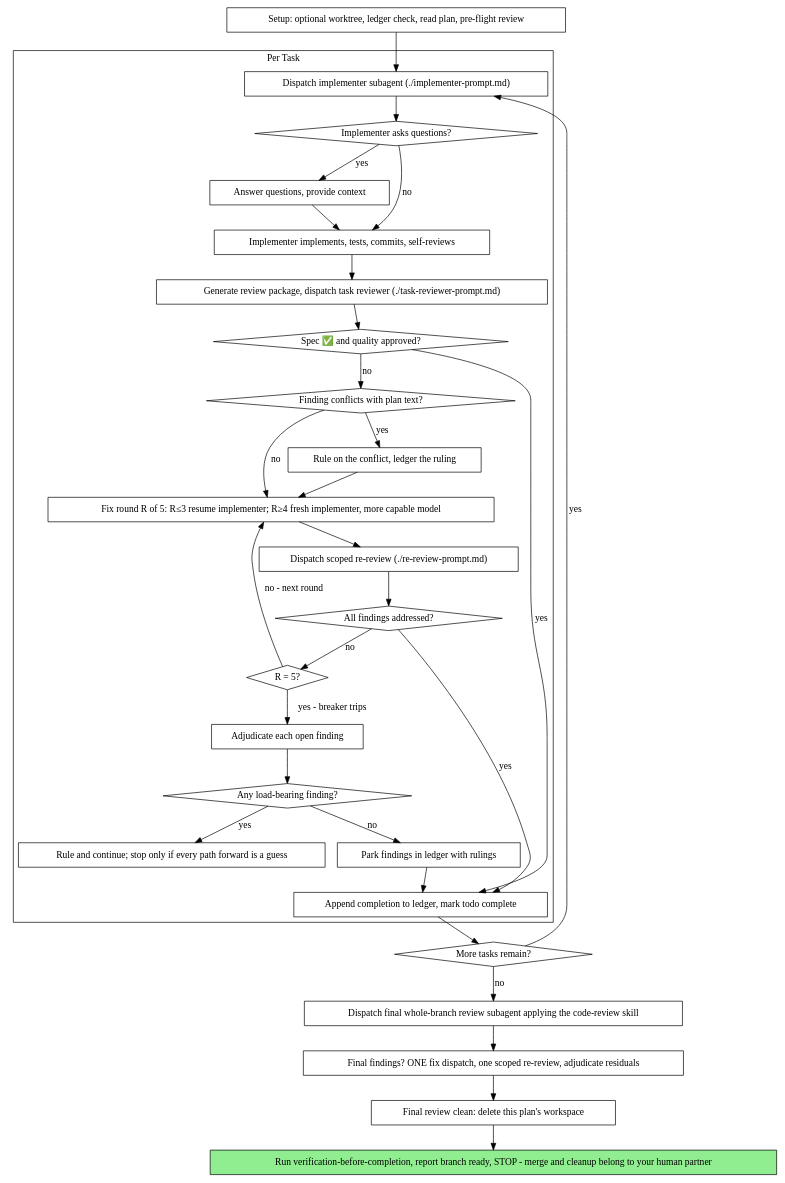
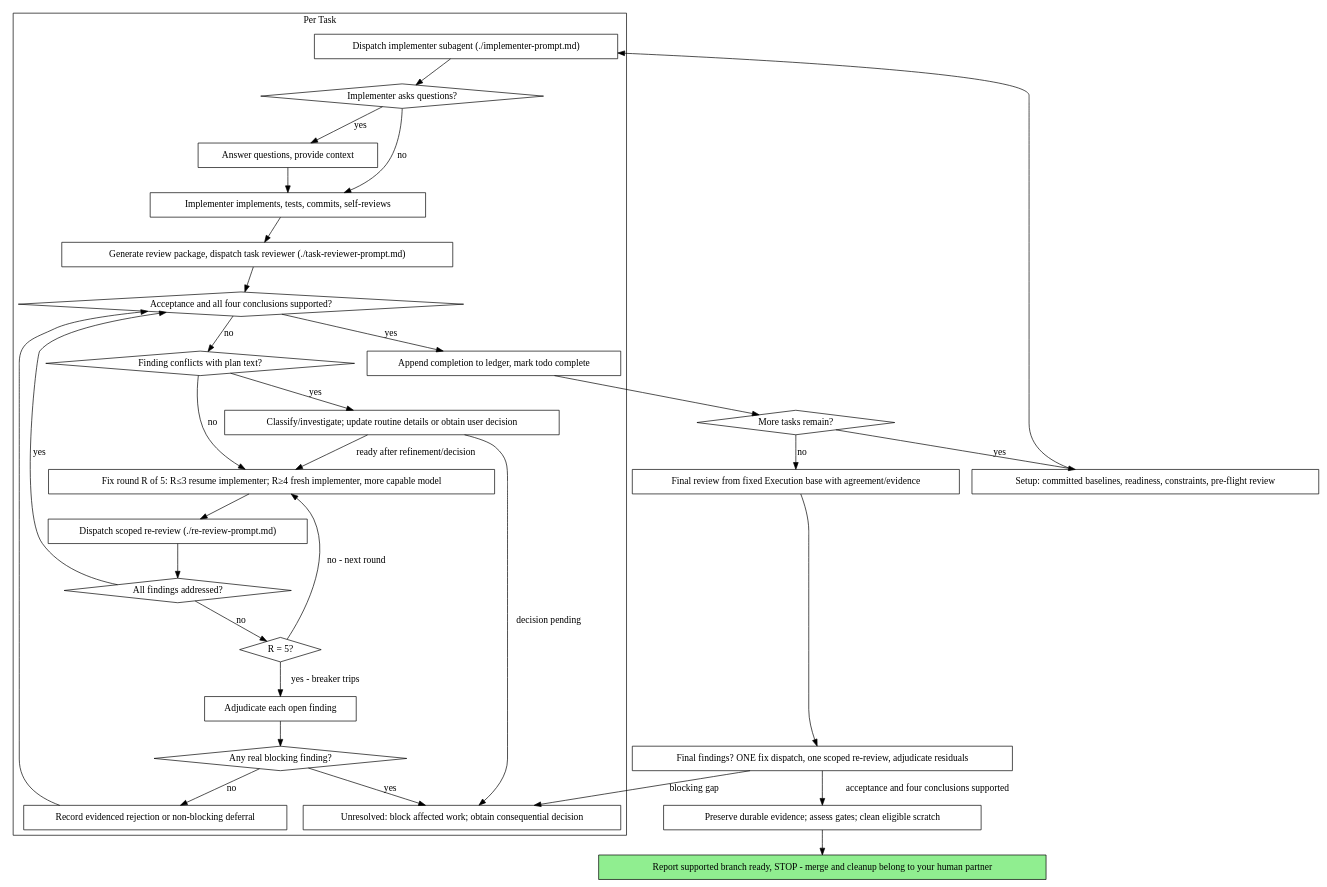
The second of 2 diagrams in skills/subagent-driven-development/SKILL.md (kubamarchwicki/engineering-skills), drawn with Graphviz before and after one commit. The commit also changed other lines of this file and 7 other files, not shown here.

Commit message:
feat: gate execution on evidence and preserve agreed decisions

````diff
--- a/skills/subagent-driven-development/SKILL.md
+++ b/skills/subagent-driven-development/SKILL.md
@@ -58,62 +57,64 @@
 ```dot
 digraph process {
     rankdir=TB;
 
     subgraph cluster_per_task {
         label="Per Task";
         "Dispatch implementer subagent (./implementer-prompt.md)" [shape=box];
         "Implementer asks questions?" [shape=diamond];
         "Answer questions, provide context" [shape=box];
         "Implementer implements, tests, commits, self-reviews" [shape=box];
         "Generate review package, dispatch task reviewer (./task-reviewer-prompt.md)" [shape=box];
-        "Spec ✅ and quality approved?" [shape=diamond];
+        "Acceptance and all four conclusions supported?" [shape=diamond];
         "Finding conflicts with plan text?" [shape=diamond];
-        "Rule on the conflict, ledger the ruling" [shape=box];
+        "Classify/investigate; update routine details or obtain user decision" [shape=box];
         "Fix round R of 5: R≤3 resume implementer; R≥4 fresh implementer, more capable model" [shape=box];
         "Dispatch scoped re-review (./re-review-prompt.md)" [shape=box];
         "All findings addressed?" [shape=diamond];
         "R = 5?" [shape=diamond];
         "Adjudicate each open finding" [shape=box];
-        "Any load-bearing finding?" [shape=diamond];
-        "Rule and continue; stop only if every path forward is a guess" [shape=box];
-        "Park findings in ledger with rulings" [shape=box];
+        "Any real blocking finding?" [shape=diamond];
+        "Unresolved: block affected work; obtain consequential decision" [shape=box];
+        "Record evidenced rejection or non-blocking deferral" [shape=box];
         "Append completion to ledger, mark todo complete" [shape=box];
     }
 
-    "Setup: optional worktree, ledger check, read plan, pre-flight review" [shape=box];
+    "Setup: committed baselines, readiness, constraints, pre-flight review" [shape=box];
     "More tasks remain?" [shape=diamond];
-    "Dispatch final whole-branch review subagent applying the code-review skill" [shape=box];
+    "Final review from fixed Execution base with agreement/evidence" [shape=box];
     "Final findings? ONE fix dispatch, one scoped re-review, adjudicate residuals" [shape=box];
-    "Final review clean: delete this plan's workspace" [shape=box];
-    "Run verification-before-completion, report branch ready, STOP - merge and cleanup belong to your human partner" [shape=box style=filled fillcolor=lightgreen];
+    "Preserve durable evidence; assess gates; clean eligible scratch" [shape=box];
+    "Report supported branch ready, STOP - merge and cleanup belong to your human partner" [shape=box style=filled fillcolor=lightgreen];
 
-    "Setup: optional worktree, ledger check, read plan, pre-flight review" -> "Dispatch implementer subagent (./implementer-prompt.md)";
+    "Setup: committed baselines, readiness, constraints, pre-flight review" -> "Dispatch implementer subagent (./implementer-prompt.md)";
     "Dispatch implementer subagent (./implementer-prompt.md)" -> "Implementer asks questions?";
     "Implementer asks questions?" -> "Answer questions, provide context" [label="yes"];
     "Answer questions, provide context" -> "Implementer implements, tests, commits, self-reviews";
     "Implementer asks questions?" -> "Implementer implements, tests, commits, self-reviews" [label="no"];
     "Implementer implements, tests, commits, self-reviews" -> "Generate review package, dispatch task reviewer (./task-reviewer-prompt.md)";
-    "Generate review package, dispatch task reviewer (./task-reviewer-prompt.md)" -> "Spec ✅ and quality approved?";
-    "Spec ✅ and quality approved?" -> "Append completion to ledger, mark todo complete" [label="yes"];
-    "Spec ✅ and quality approved?" -> "Finding conflicts with plan text?" [label="no"];
-    "Finding conflicts with plan text?" -> "Rule on the conflict, ledger the ruling" [label="yes"];
-    "Rule on the conflict, ledger the ruling" -> "Fix round R of 5: R≤3 resume implementer; R≥4 fresh implementer, more capable model";
+    "Generate review package, dispatch task reviewer (./task-reviewer-prompt.md)" -> "Acceptance and all four conclusions supported?";
+    "Acceptance and all four conclusions supported?" -> "Append completion to ledger, mark todo complete" [label="yes"];
+    "Acceptance and all four conclusions supported?" -> "Finding conflicts with plan text?" [label="no"];
+    "Finding conflicts with plan text?" -> "Classify/investigate; update routine details or obtain user decision" [label="yes"];
+    "Classify/investigate; update routine details or obtain user decision" -> "Unresolved: block affected work; obtain consequential decision" [label="decision pending"];
+    "Classify/investigate; update routine details or obtain user decision" -> "Fix round R of 5: R≤3 resume implementer; R≥4 fresh implementer, more capable model" [label="ready after refinement/decision"];
     "Finding conflicts with plan text?" -> "Fix round R of 5: R≤3 resume implementer; R≥4 fresh implementer, more capable model" [label="no"];
     "Fix round R of 5: R≤3 resume implementer; R≥4 fresh implementer, more capable model" -> "Dispatch scoped re-review (./re-review-prompt.md)";
     "Dispatch scoped re-review (./re-review-prompt.md)" -> "All findings addressed?";
-    "All findings addressed?" -> "Append completion to ledger, mark todo complete" [label="yes"];
+    "All findings addressed?" -> "Acceptance and all four conclusions supported?" [label="yes"];
     "All findings addressed?" -> "R = 5?" [label="no"];
     "R = 5?" -> "Fix round R of 5: R≤3 resume implementer; R≥4 fresh implementer, more capable model" [label="no - next round"];
     "R = 5?" -> "Adjudicate each open finding" [label="yes - breaker trips"];
-    "Adjudicate each open finding" -> "Any load-bearing finding?";
-    "Any load-bearing finding?" -> "Rule and continue; stop only if every path forward is a guess" [label="yes"];
-    "Any load-bearing finding?" -> "Park findings in ledger with rulings" [label="no"];
-    "Park findings in ledger with rulings" -> "Append completion to ledger, mark todo complete";
+    "Adjudicate each open finding" -> "Any real blocking finding?";
+    "Any real blocking finding?" -> "Unresolved: block affected work; obtain consequential decision" [label="yes"];
+    "Any real blocking finding?" -> "Record evidenced rejection or non-blocking deferral" [label="no"];
+    "Record evidenced rejection or non-blocking deferral" -> "Acceptance and all four conclusions supported?";
     "Append completion to ledger, mark todo complete" -> "More tasks remain?";
-    "More tasks remain?" -> "Dispatch implementer subagent (./implementer-prompt.md)" [label="yes"];
-    "More tasks remain?" -> "Dispatch final whole-branch review subagent applying the code-review skill" [label="no"];
-    "Dispatch final whole-branch review subagent applying the code-review skill" -> "Final findings? ONE fix dispatch, one scoped re-review, adjudicate residuals";
-    "Final findings? ONE fix dispatch, one scoped re-review, adjudicate residuals" -> "Final review clean: delete this plan's workspace";
-    "Final review clean: delete this plan's workspace" -> "Run verification-before-completion, report branch ready, STOP - merge and cleanup belong to your human partner";
+    "More tasks remain?" -> "Setup: committed baselines, readiness, constraints, pre-flight review" [label="yes"];
+    "More tasks remain?" -> "Final review from fixed Execution base with agreement/evidence" [label="no"];
+    "Final review from fixed Execution base with agreement/evidence" -> "Final findings? ONE fix dispatch, one scoped re-review, adjudicate residuals";
+    "Final findings? ONE fix dispatch, one scoped re-review, adjudicate residuals" -> "Unresolved: block affected work; obtain consequential decision" [label="blocking gap"];
+    "Final findings? ONE fix dispatch, one scoped re-review, adjudicate residuals" -> "Preserve durable evidence; assess gates; clean eligible scratch" [label="acceptance and four conclusions supported"];
+    "Preserve durable evidence; assess gates; clean eligible scratch" -> "Report supported branch ready, STOP - merge and cleanup belong to your human partner";
 }
 ```
````
